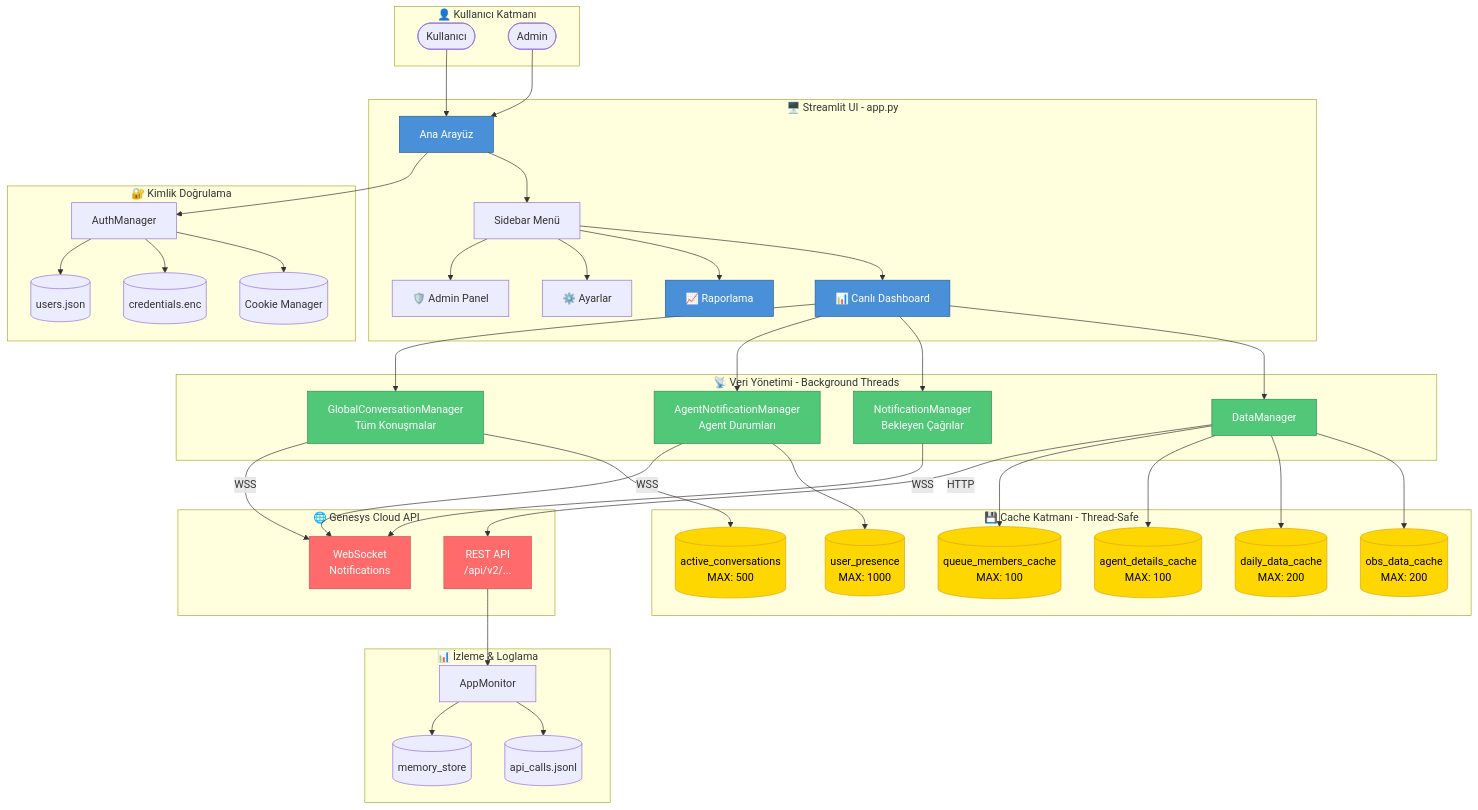
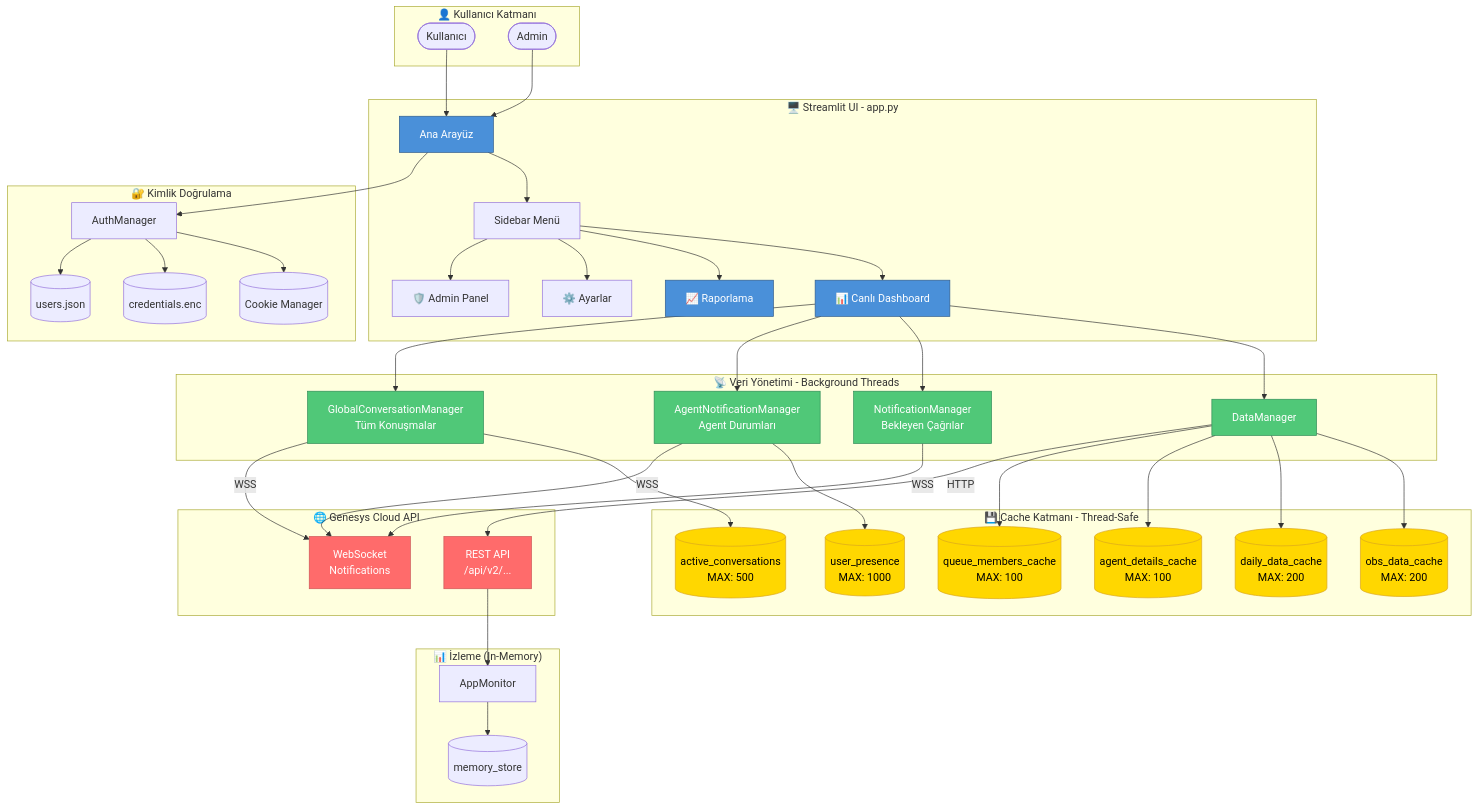
Before and after one commit to fatihbiyiklio/Geneys-Cloud-Reporting-API: the first of 2 diagrams in README.md, drawn with Mermaid. The commit also changed other lines of this file and 8 other files, not shown here.

```diff
--- a/README.md
+++ b/README.md
@@ -137,10 +133,9 @@
         WS[WebSocket<br/>Notifications]
     end
 
-    subgraph "📊 İzleme & Loglama"
+    subgraph "📊 İzleme (In-Memory)"
         Monitor[AppMonitor]
         MemStore[(memory_store)]
-        APILog[(api_calls.jsonl)]
     end
 
     %% Kullanıcı Akışı
@@ -180,7 +175,6 @@
 
     %% Monitoring
     REST --> Monitor
-    Monitor --> APILog
     Monitor --> MemStore
 
     %% Styling
```
